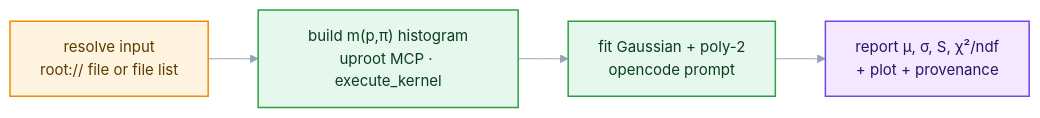
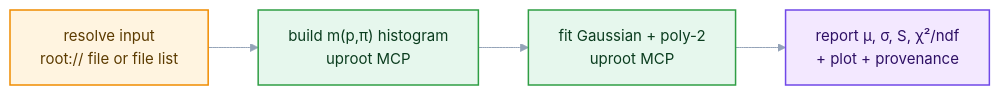
The diagram in 05-end-to-end-agents.md (aprozo/tutorial-mcp), drawn with Mermaid before and after one commit. The commit also changed other lines of this file and 15 other files, not shown here.

````diff
--- a/05-end-to-end-agents.md
+++ b/05-end-to-end-agents.md
@@ -97,12 +84,12 @@
 ```mermaid
 %%{init: {'theme':'base', 'themeVariables': {'fontSize':'15px','lineColor':'#94a3b8','edgeLabelBackground':'#e2e8f0','clusterBkg':'#1f293720','clusterBorder':'#94a3b8','titleColor':'#94a3b8'}}}%%
 flowchart LR
     accTitle: {End-to-end agent run}
     accDescr: {End-to-end agent run}
-    A["resolve input<br/>root:// file or file list"]:::data --> B["build m(p,π) histogram<br/>uproot MCP · execute_kernel"]:::tool
-    B --> C["fit Gaussian + poly-2<br/>opencode prompt"]:::tool
+    A["resolve input<br/>root:// file or file list"]:::data --> B["build m(p,π) histogram<br/>uproot MCP"]:::tool
+    B --> C["fit Gaussian + poly-2<br/>uproot MCP"]:::tool
     C --> D["report μ, σ, S, χ²/ndf<br/>+ plot + provenance"]:::out
     classDef data fill:#fff4e0,stroke:#f08c00,stroke-width:1.5px,color:#5c3b00;
     classDef tool fill:#e6f7ed,stroke:#2f9e44,stroke-width:1.5px,color:#0b3d1f;
     classDef out fill:#f3e8ff,stroke:#7048e8,stroke-width:1.5px,color:#2e1065;
 ```
````
